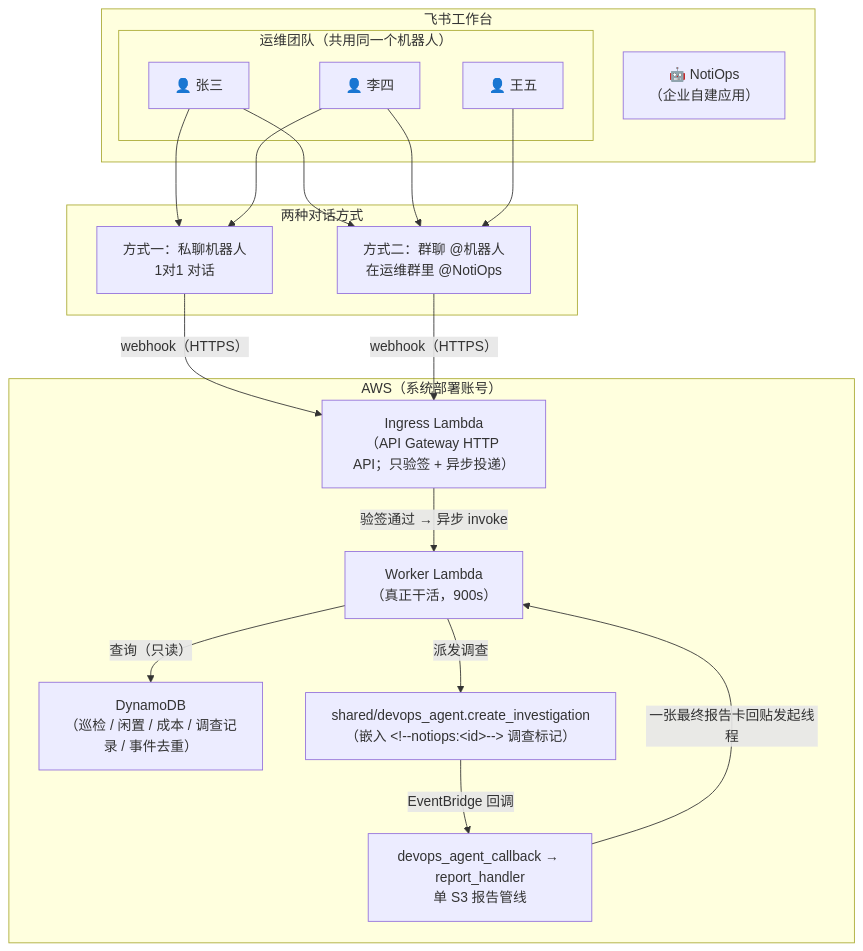
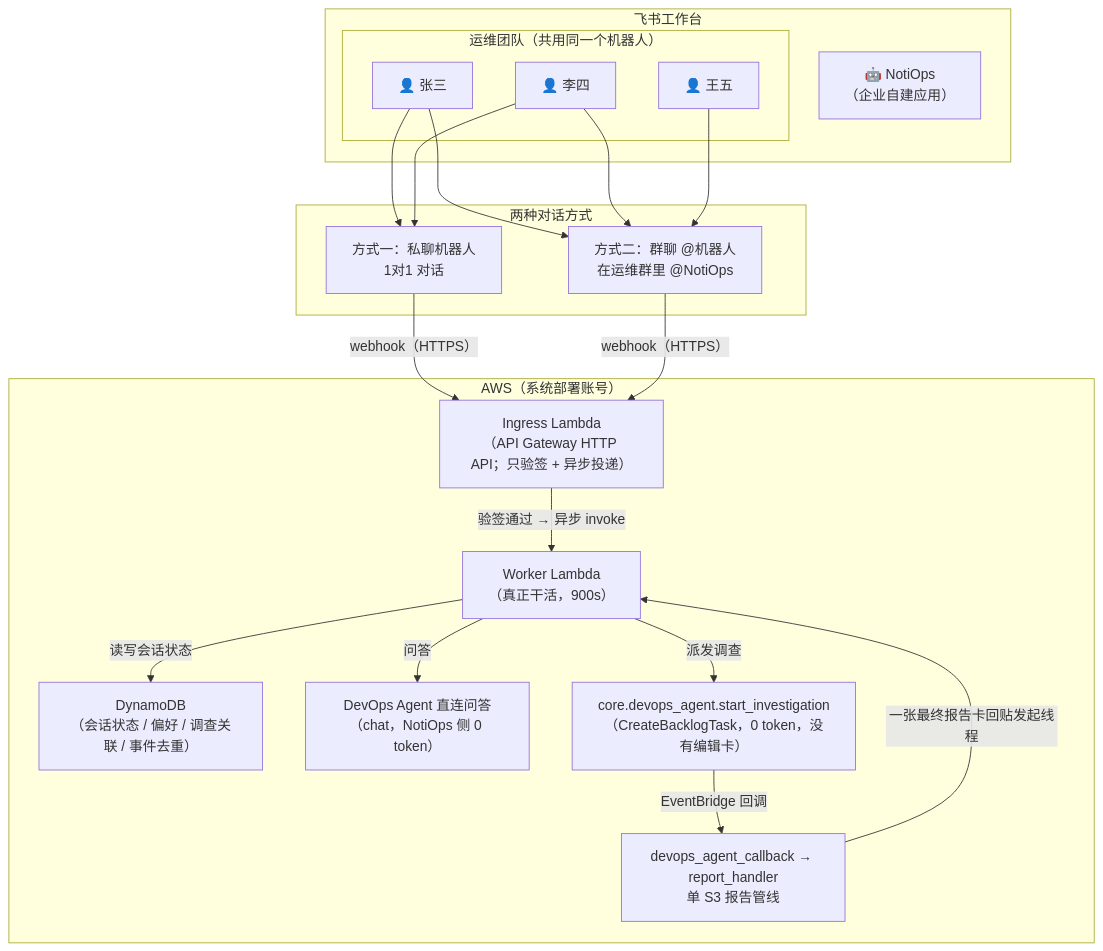
The first of 7 diagrams in docs/im-bot-interaction.md (aws-samples/sample-notiops), drawn with Mermaid before and after one commit. The commit also changed other lines of this file and 171 other files, not shown here.

First line of the commit message:
release: NotiOps v1.0.30

````diff
--- a/docs/im-bot-interaction.md
+++ b/docs/im-bot-interaction.md
@@ -13,39 +13,41 @@
 ```mermaid
 graph TB
     subgraph Feishu["飞书工作台"]
         Bot["🤖 NotiOps<br/>（企业自建应用）"]
 
         subgraph Users["运维团队（共用同一个机器人）"]
             User1["👤 张三"]
             User2["👤 李四"]
             User3["👤 王五"]
         end
     end
 
     subgraph Interaction["两种对话方式"]
         DM["方式一：私聊机器人<br/>1对1 对话"]
         Group["方式二：群聊 @机器人<br/>在运维群里 @NotiOps"]
     end
 
     subgraph AWS["AWS（系统部署账号）"]
         Ingress["Ingress Lambda<br/>（API Gateway HTTP API；只验签 + 异步投递）"]
         Worker["Worker Lambda<br/>（真正干活，900s）"]
-        DDB["DynamoDB<br/>（巡检 / 闲置 / 成本 / 调查记录 / 事件去重）"]
-        Investigate["shared/devops_agent.create_investigation<br/>（嵌入 &lt;!--notiops:&lt;id&gt;--&gt; 调查标记）"]
+        DDB["DynamoDB<br/>（会话状态 / 偏好 / 调查关联 / 事件去重）"]
+        Chat["DevOps Agent 直连问答<br/>（chat，NotiOps 侧 0 token）"]
+        Investigate["core.devops_agent.start_investigation<br/>（CreateBacklogTask，0 token，没有编辑卡）"]
         Report["devops_agent_callback → report_handler<br/>单 S3 报告管线"]
     end
 
     User1 --> DM
     User1 --> Group
     User2 --> DM
     User2 --> Group
     User3 --> Group
 
     DM -->|"webhook（HTTPS）"| Ingress
     Group -->|"webhook（HTTPS）"| Ingress
     Ingress -->|"验签通过 → 异步 invoke"| Worker
-    Worker -->|"查询（只读）"| DDB
+    Worker -->|"读写会话状态"| DDB
+    Worker -->|"问答"| Chat
     Worker -->|"派发调查"| Investigate
     Investigate -->|EventBridge 回调| Report
     Report -->|"一张最终报告卡回贴发起线程"| Worker
 ```
````
